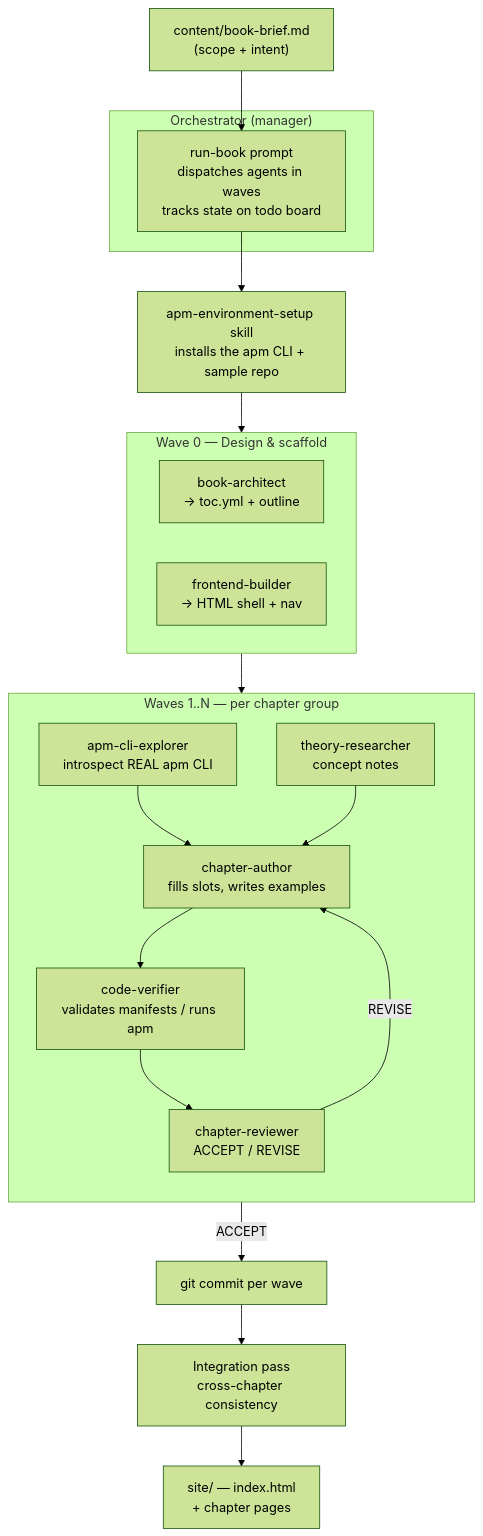
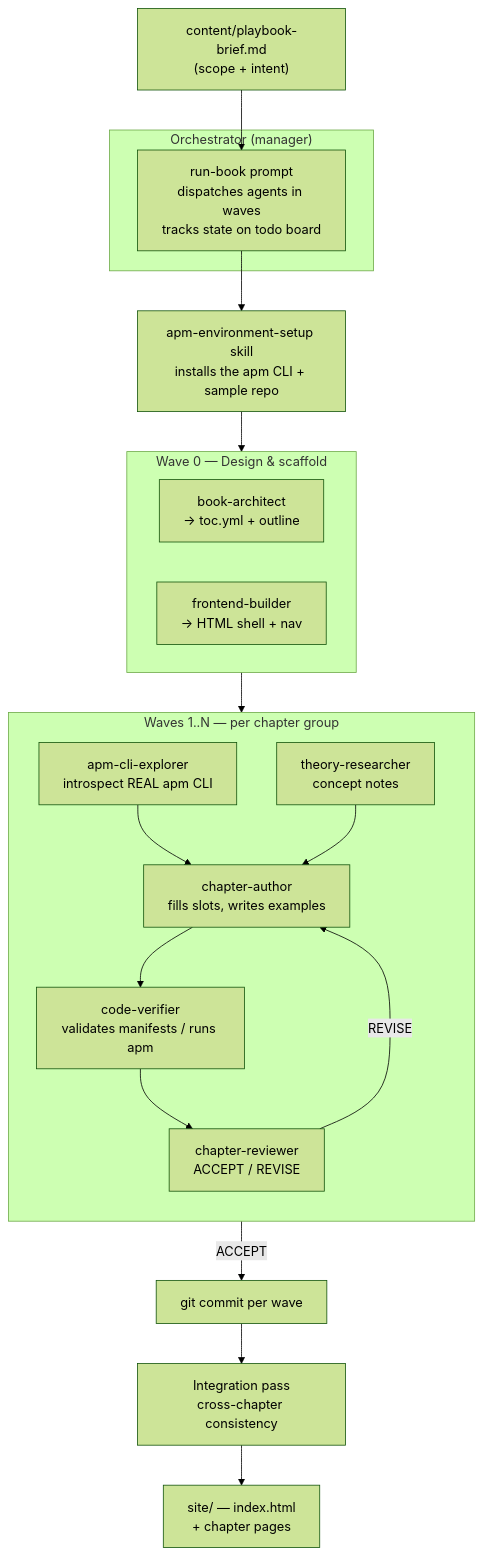
The diagram in README.md (webmaxru/agent-package-manager-book), drawn with Mermaid (forest theme) before and after one commit. The commit also changed other lines of this file and 18 other files, not shown here.

Commit message:
Remove outdated library notes for chapters 9 and 10, update table of contents and orchestration references, and add frontend design guidance and book brief for Agent Package Manager.

````diff
--- a/README.md
+++ b/README.md
@@ -79,36 +79,36 @@
 ```mermaid
 flowchart TD
-    Brief["content/book-brief.md<br/>(scope + intent)"] --> Orchestrator
+    Brief["content/playbook-brief.md<br/>(scope + intent)"] --> Orchestrator
 
     subgraph Driver["Orchestrator (manager)"]
         Orchestrator["run-book prompt<br/>dispatches agents in waves<br/>tracks state on todo board"]
     end
 
     Orchestrator --> Env["apm-environment-setup skill<br/>installs the apm CLI + sample repo"]
 
     subgraph Wave0["Wave 0 — Design & scaffold"]
         Architect["book-architect<br/>→ toc.yml + outline"]
         Frontend["frontend-builder<br/>→ HTML shell + nav"]
     end
 
     subgraph WaveN["Waves 1..N — per chapter group"]
         direction TB
         Explorer["apm-cli-explorer<br/>introspect REAL apm CLI"]
         Theory["theory-researcher<br/>concept notes"]
         Author["chapter-author<br/>fills slots, writes examples"]
         Verifier["code-verifier<br/>validates manifests / runs apm"]
         Reviewer["chapter-reviewer<br/>ACCEPT / REVISE"]
 
         Explorer --> Author
         Theory --> Author
         Author --> Verifier
         Verifier --> Reviewer
         Reviewer -- "REVISE" --> Author
     end
 
     Env --> Wave0
     Wave0 --> WaveN
     WaveN -- "ACCEPT" --> Commit["git commit per wave"]
     Commit --> Integration["Integration pass<br/>cross-chapter consistency"]
     Integration --> Site["site/ — index.html<br/>+ chapter pages"]
 ```
````
